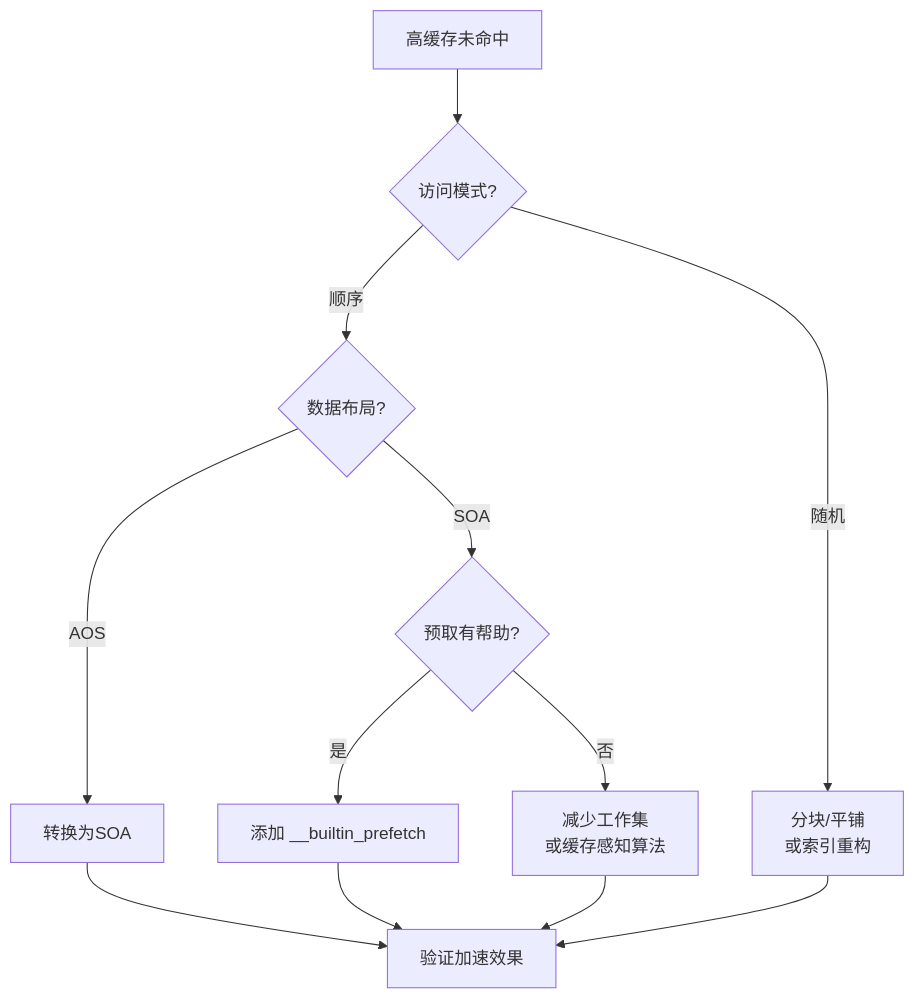
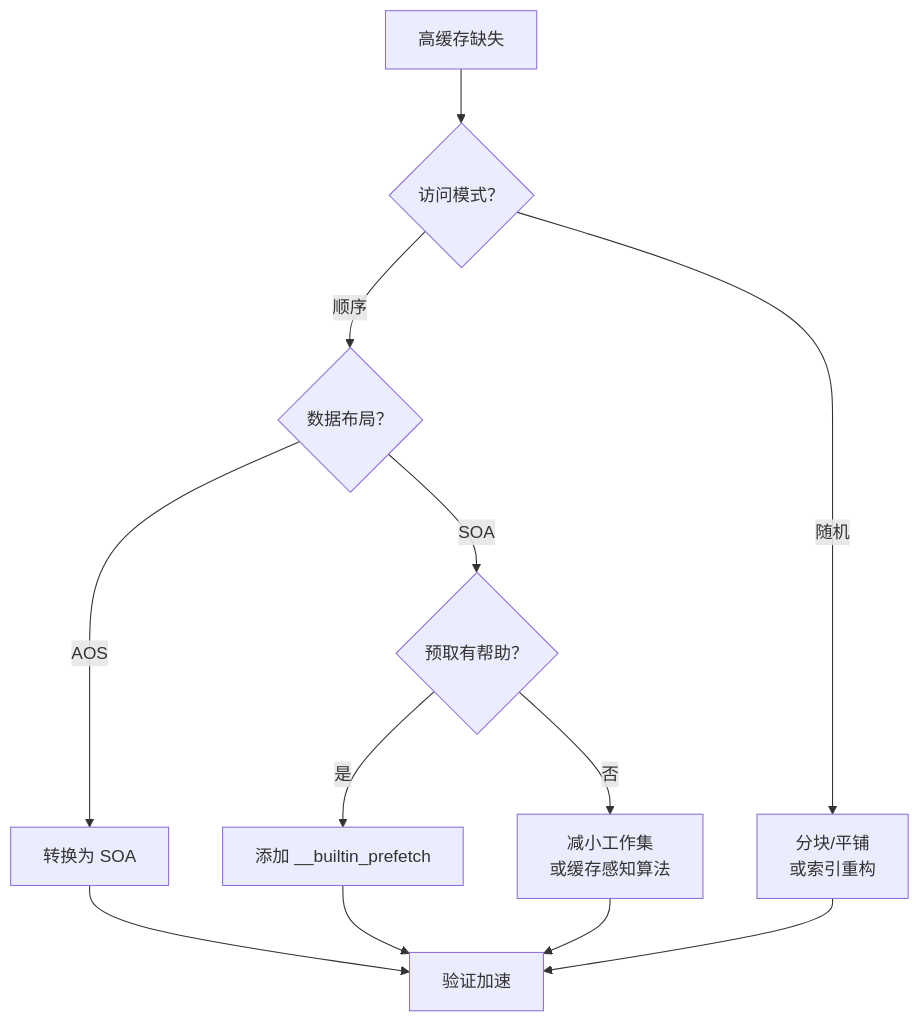
One commit to LessUp/cpp-high-performance-guide changed the third of 5 diagrams in docs/zh/guides/optimization-decision-tree.md. Above: the diagram before and after it, drawn with Mermaid. The commit also changed other lines of this file and 21 other files, not shown here.

````diff
--- a/docs/zh/guides/optimization-decision-tree.md
+++ b/docs/zh/guides/optimization-decision-tree.md
@@ -148,17 +137,17 @@
 ```mermaid
 flowchart TD
-    A[高缓存未命中] --> B{访问模式?}
-    B -->|顺序| C{数据布局?}
-    B -->|随机| D[分块/平铺<br/>或索引重构]
-    
-    C -->|AOS| E[转换为SOA]
-    C -->|SOA| F{预取有帮助?}
-    
-    E --> G[验证加速效果]
-    F -->|是| H[添加 __builtin_prefetch]
-    F -->|否| I[减少工作集<br/>或缓存感知算法]
-    
+    A[高缓存缺失]:::start --> B{访问模式？}:::decision
+    B -->|顺序| C{数据布局？}:::decision
+    B -->|随机| D[分块/平铺<br/>或索引重构]:::action
+
+    C -->|AOS| E[转换为 SOA]:::action
+    C -->|SOA| F{预取有帮助？}:::decision
+
+    E --> G[验证加速]:::action
+    F -->|是| H[添加 __builtin_prefetch]:::action
+    F -->|否| I[减小工作集<br/>或缓存感知算法]:::action
+
     D --> G
     H --> G
     I --> G
 ```
````
